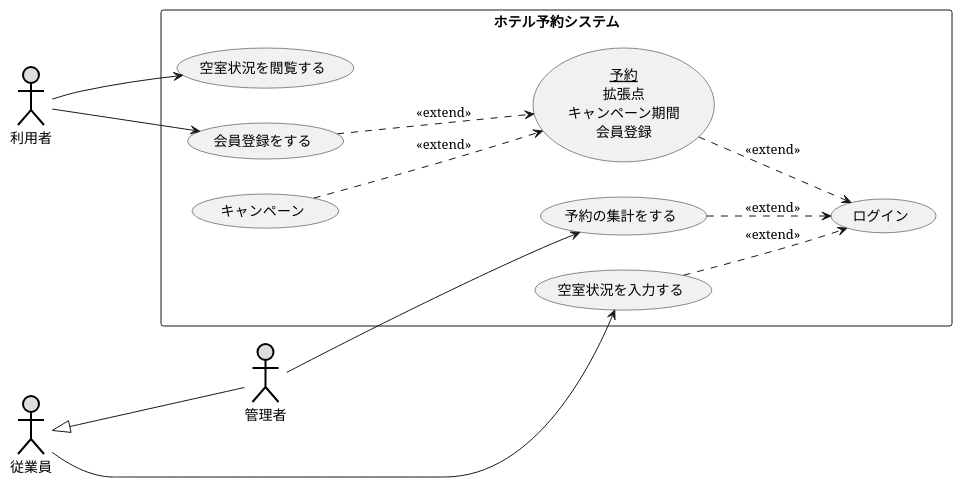
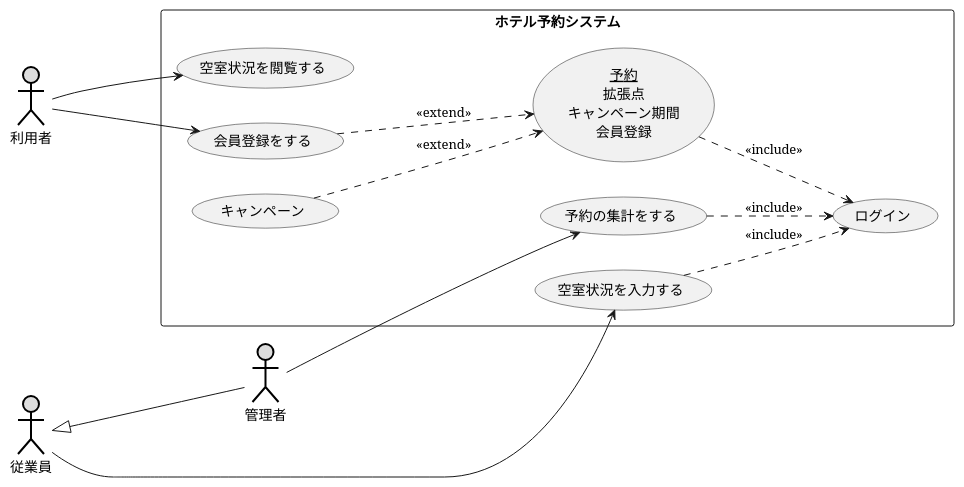
Before and after one commit to togamonro-ru/unl-introduction: the diagram in 演習2-8_UC_ホテル予約システム.pu, drawn with PlantUML.

Commit message:
２－８

```diff
--- a/演習2-8_UC_ホテル予約システム.pu
+++ b/演習2-8_UC_ホテル予約システム.pu
@@ -1,28 +1,28 @@
 @startuml ユースケース図
 left to right direction
 
      actor 利用者 as a #DDDDDD;line:black;line.bold;
      actor 従業員 as b #DDDDDD;line:black;line.bold;
      actor 管理者 as c #DDDDDD;line:black;line.bold;
 
 rectangle ホテル予約システム {
 usecase 空室状況を閲覧する as d
 usecase 予約の集計をする as e
 usecase 会員登録をする as f
 usecase (<u>予約</u>\n拡張点\nキャンペーン期間\n会員登録) as g
 usecase ログイン as h
 usecase 空室状況を入力する as i
 usecase キャンペーン as j
 }
 a--->f
 j ...>(g) : <<extend>>
 a--->d
 b<|---c
 c--->e
 b-->i
 f ...>(g) : <<extend>>
-g ..>(h) : <<extend>>
-e ..>(h) : <<extend>>
-i ..>(h) : <<extend>>
+g ..>(h) : <<include>>
+e ..>(h) : <<include>>
+i ..>(h) : <<include>>
 
 @enduml
```
